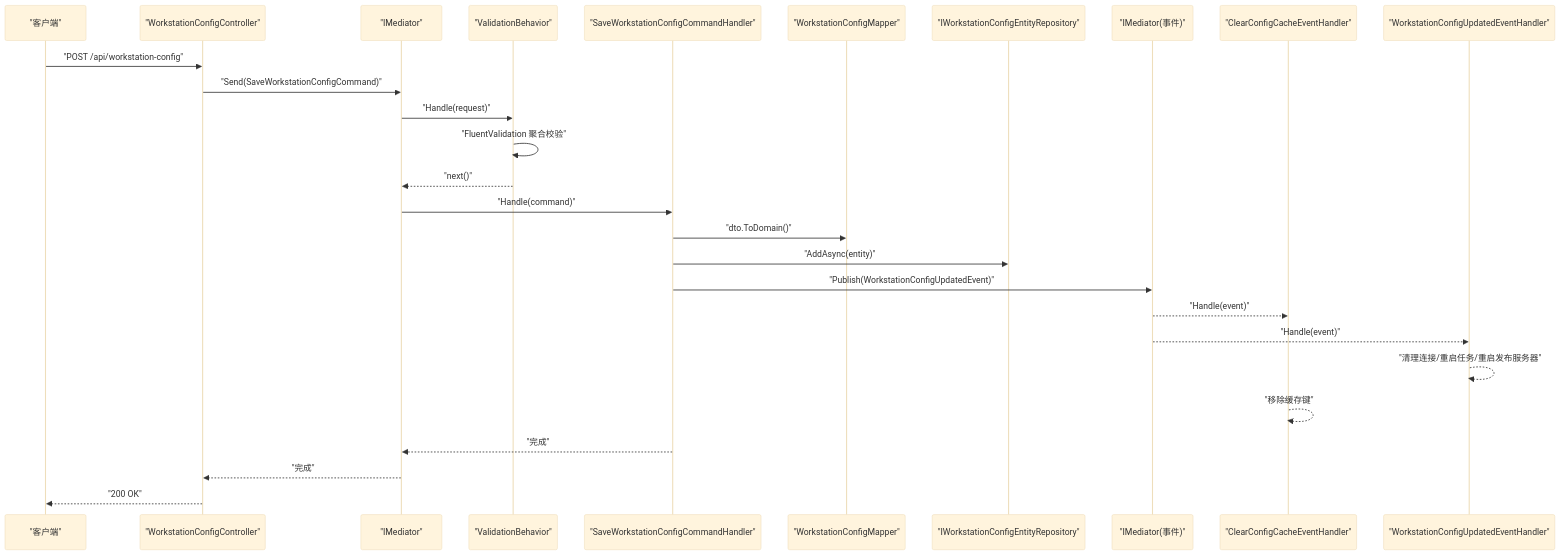
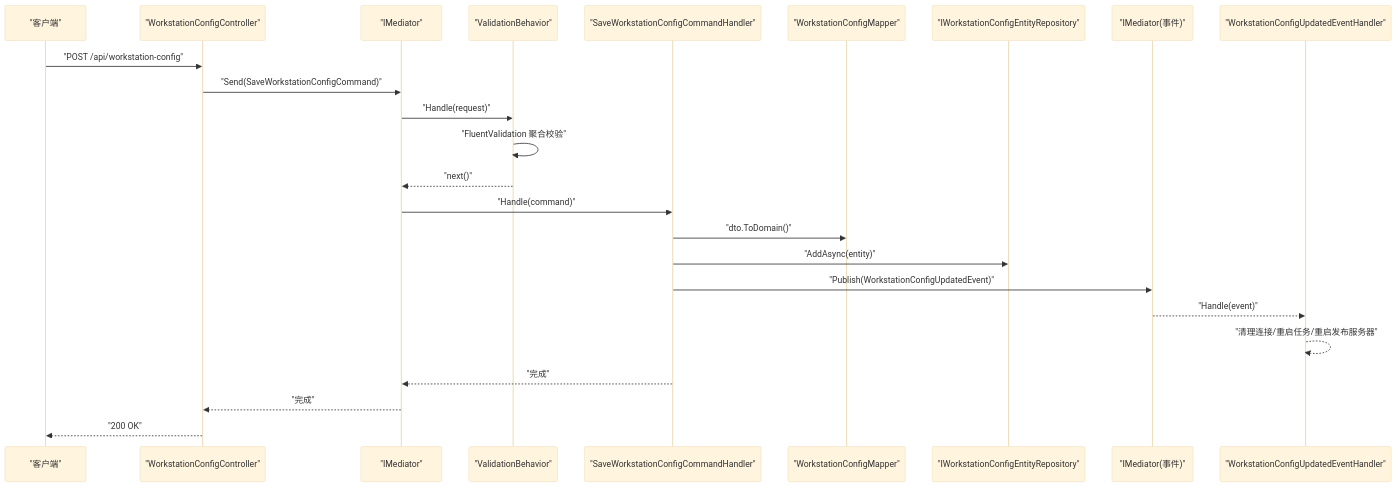
The second of 6 diagrams in .qoder/repowiki/zh/content/应用服务层/命令处理机制.md (whitemousetl/IndustrialDataSolution), drawn with Mermaid (base theme) before and after one commit. The commit also changed other lines of this file and 18 other files, not shown here.

````diff
--- a/.qoder/repowiki/zh/content/应用服务层/命令处理机制.md
+++ b/.qoder/repowiki/zh/content/应用服务层/命令处理机制.md
@@ -110,29 +116,26 @@
 ```mermaid
 sequenceDiagram
 participant Client as "客户端"
 participant API as "WorkstationConfigController"
 participant Mediator as "IMediator"
 participant Pipe as "ValidationBehavior"
 participant Handler as "SaveWorkstationConfigCommandHandler"
 participant Mapper as "WorkstationConfigMapper"
 participant Repo as "IWorkstationConfigEntityRepository"
 participant Bus as "IMediator(事件)"
-participant EH1 as "ClearConfigCacheEventHandler"
-participant EH2 as "WorkstationConfigUpdatedEventHandler"
+participant EH1 as "WorkstationConfigUpdatedEventHandler"
 Client->>API : "POST /api/workstation-config"
 API->>Mediator : "Send(SaveWorkstationConfigCommand)"
 Mediator->>Pipe : "Handle(request)"
 Pipe->>Pipe : "FluentValidation 聚合校验"
 Pipe-->>Mediator : "next()"
 Mediator->>Handler : "Handle(command)"
 Handler->>Mapper : "dto.ToDomain()"
 Handler->>Repo : "AddAsync(entity)"
 Handler->>Bus : "Publish(WorkstationConfigUpdatedEvent)"
 Bus-->>EH1 : "Handle(event)"
-Bus-->>EH2 : "Handle(event)"
-EH2-->>EH2 : "清理连接/重启任务/重启发布服务器"
-EH1-->>EH1 : "移除缓存键"
+EH1-->>EH1 : "清理连接/重启任务/重启发布服务器"
 Handler-->>Mediator : "完成"
 Mediator-->>API : "完成"
 API-->>Client : "200 OK"
 ```
````
